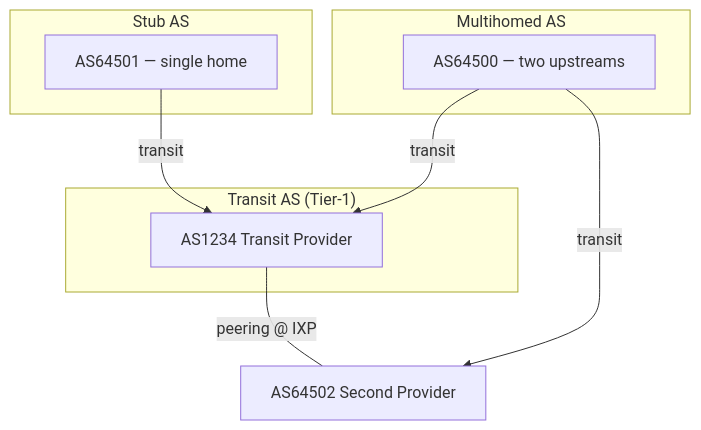
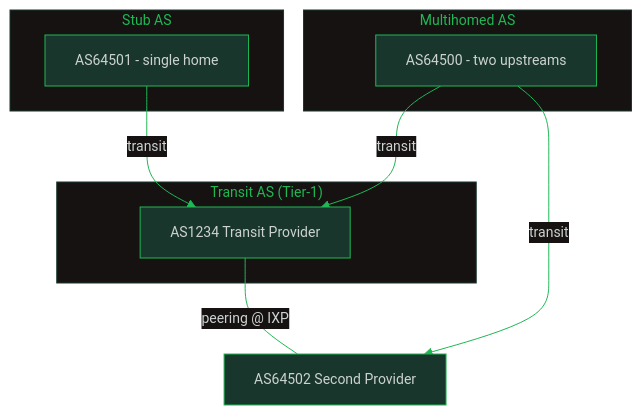
One commit to oat431/swe-knowledge changed the diagram in computing-foundation-note/Computer Networks/01 Fundamentals/015 Routing - BGP & OSPF.md. Above: the diagram before and after it, drawn with Mermaid. The commit also changed other lines of this file and 139 other files, not shown here.

````diff
--- a/computing-foundation-note/Computer Networks/01 Fundamentals/015 Routing - BGP & OSPF.md
+++ b/computing-foundation-note/Computer Networks/01 Fundamentals/015 Routing - BGP & OSPF.md
@@ -107,16 +107,17 @@
 ```mermaid
+%%{init: {'theme':'base','themeVariables':{'primaryColor':'#19362D','primaryTextColor':'#CDD3D1','primaryBorderColor':'#1FB854','lineColor':'#1FB854','secondaryColor':'#161212','tertiaryColor':'#1B1717','background':'#1B1717','mainBkg':'#19362D','nodeBorder':'#1FB854','clusterBkg':'#161212','clusterBorder':'#19362D','titleColor':'#1FB854','edgeLabelBackground':'#161212','fontSize':'14px'}}}%%
 graph TB
     subgraph "Transit AS (Tier-1)"
         T[AS1234 Transit Provider]
     end
     subgraph "Multihomed AS"
-        M[AS64500 — two upstreams]
+        M[AS64500 - two upstreams]
     end
     subgraph "Stub AS"
-        S[AS64501 — single home]
+        S[AS64501 - single home]
     end
     S -->|transit| T
     M -->|transit| T
     M -->|transit| P2[AS64502 Second Provider]
     T ---|peering @ IXP| P2
 ```
````
